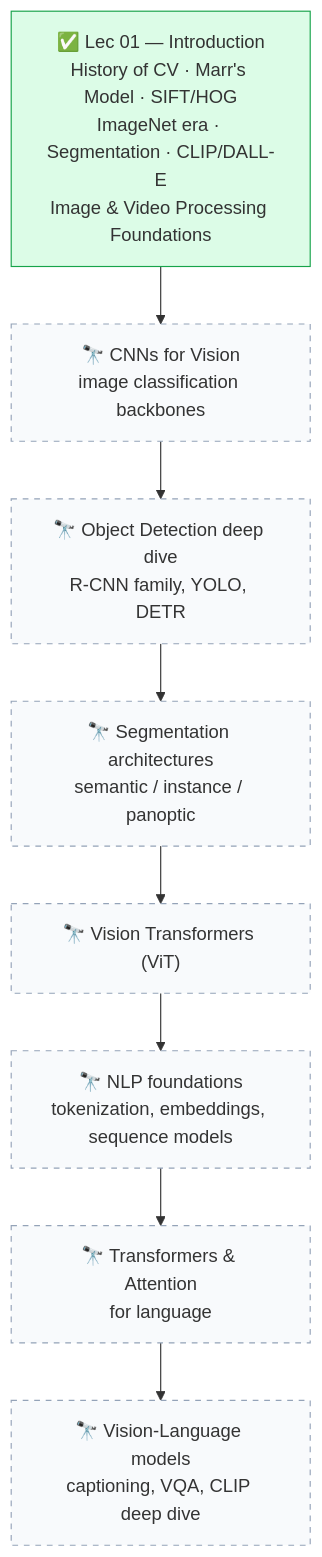
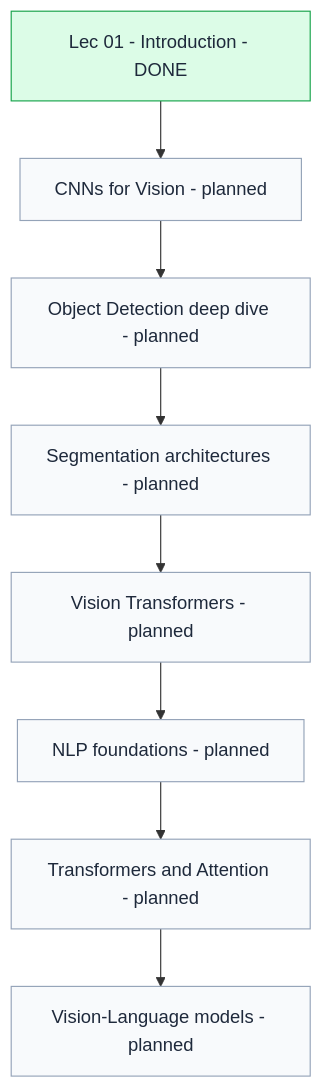
Before and after one commit to rpaut03l/TS-02-03: the fourth of 4 diagrams in CV-NLP/README.md, drawn with Mermaid. The commit also changed other lines of this file and 4 other files, not shown here.

Commit message:
Fix ASCII diagram width (max 63 chars, no more wrapping) and Mermaid dark-mode contrast

````diff
--- a/CV-NLP/README.md
+++ b/CV-NLP/README.md
@@ -114,20 +109,19 @@
 ```mermaid
 flowchart TD
-    L1["✅ Lec 01 — Introduction<br/>History of CV · Marr's Model · SIFT/HOG<br/>ImageNet era · Segmentation · CLIP/DALL-E<br/>Image &amp; Video Processing Foundations"]
-    L1 --> CNN["🔭 CNNs for Vision<br/>image classification backbones"]
-    CNN --> DET["🔭 Object Detection deep dive<br/>R-CNN family, YOLO, DETR"]
-    DET --> SEG["🔭 Segmentation architectures<br/>semantic / instance / panoptic"]
-    SEG --> VIT["🔭 Vision Transformers (ViT)"]
-    VIT --> NLPF["🔭 NLP foundations<br/>tokenization, embeddings, sequence models"]
-    NLPF --> ATT["🔭 Transformers &amp; Attention<br/>for language"]
-    ATT --> VL["🔭 Vision-Language models<br/>captioning, VQA, CLIP deep dive"]
+    L1[Lec 01 - Introduction - DONE] --> CNN[CNNs for Vision - planned]
+    CNN --> DET[Object Detection deep dive - planned]
+    DET --> SEG[Segmentation architectures - planned]
+    SEG --> VIT[Vision Transformers - planned]
+    VIT --> NLPF[NLP foundations - planned]
+    NLPF --> ATT[Transformers and Attention - planned]
+    ATT --> VL[Vision-Language models - planned]
 
-    style L1 fill:#dcfce7,stroke:#16a34a
-    style CNN fill:#f8fafc,stroke:#94a3b8,stroke-dasharray: 5 5
-    style DET fill:#f8fafc,stroke:#94a3b8,stroke-dasharray: 5 5
-    style SEG fill:#f8fafc,stroke:#94a3b8,stroke-dasharray: 5 5
-    style VIT fill:#f8fafc,stroke:#94a3b8,stroke-dasharray: 5 5
-    style NLPF fill:#f8fafc,stroke:#94a3b8,stroke-dasharray: 5 5
-    style ATT fill:#f8fafc,stroke:#94a3b8,stroke-dasharray: 5 5
-    style VL fill:#f8fafc,stroke:#94a3b8,stroke-dasharray: 5 5
+    style L1 fill:#dcfce7,stroke:#16a34a,color:#1e293b
+    style CNN fill:#f8fafc,stroke:#94a3b8,color:#1e293b
+    style DET fill:#f8fafc,stroke:#94a3b8,color:#1e293b
+    style SEG fill:#f8fafc,stroke:#94a3b8,color:#1e293b
+    style VIT fill:#f8fafc,stroke:#94a3b8,color:#1e293b
+    style NLPF fill:#f8fafc,stroke:#94a3b8,color:#1e293b
+    style ATT fill:#f8fafc,stroke:#94a3b8,color:#1e293b
+    style VL fill:#f8fafc,stroke:#94a3b8,color:#1e293b
 ```
````
